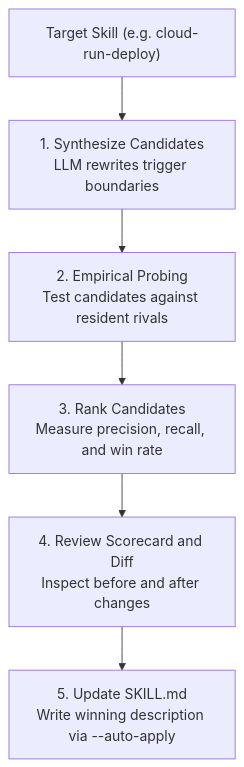
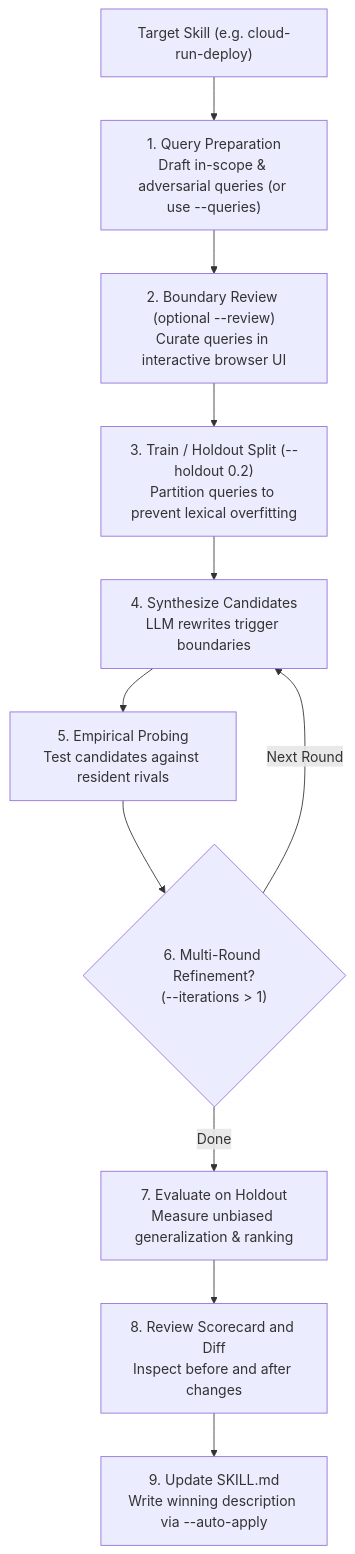
The diagram in docs/cli/optimize.md (arunimshukla/skill-reach), drawn with Mermaid before and after one commit. The commit also changed other lines of this file and 48 other files, not shown here.

First line of the commit message:
feat: add interactive query review, Material 3 UI viewers, and optimizer controls

````diff
--- a/docs/cli/optimize.md
+++ b/docs/cli/optimize.md
@@ -11,8 +11,13 @@
 ```mermaid
 flowchart TD
-    Target["Target Skill (e.g. cloud-run-deploy)"] --> Synth["1. Synthesize Candidates<br/>LLM rewrites trigger boundaries"]
-    Synth --> Probes["2. Empirical Probing<br/>Test candidates against resident rivals"]
-    Probes --> Score["3. Rank Candidates<br/>Measure precision, recall, and win rate"]
-    Score --> Diff["4. Review Scorecard and Diff<br/>Inspect before and after changes"]
-    Diff --> Apply["5. Update SKILL.md<br/>Write winning description via --auto-apply"]
+    Target["Target Skill (e.g. cloud-run-deploy)"] --> Prep["1. Query Preparation<br/>Draft in-scope & adversarial queries (or use --queries)"]
+    Prep --> Review["2. Boundary Review (optional --review)<br/>Curate queries in interactive browser UI"]
+    Review --> Split["3. Train / Holdout Split (--holdout 0.2)<br/>Partition queries to prevent lexical overfitting"]
+    Split --> Synth["4. Synthesize Candidates<br/>LLM rewrites trigger boundaries"]
+    Synth --> Probes["5. Empirical Probing<br/>Test candidates against resident rivals"]
+    Probes --> HillClimb{"6. Multi-Round Refinement?<br/>(--iterations > 1)"}
+    HillClimb -- Next Round --> Synth
+    HillClimb -- Done --> Score["7. Evaluate on Holdout<br/>Measure unbiased generalization & ranking"]
+    Score --> Diff["8. Review Scorecard and Diff<br/>Inspect before and after changes"]
+    Diff --> Apply["9. Update SKILL.md<br/>Write winning description via --auto-apply"]
 ```
````
